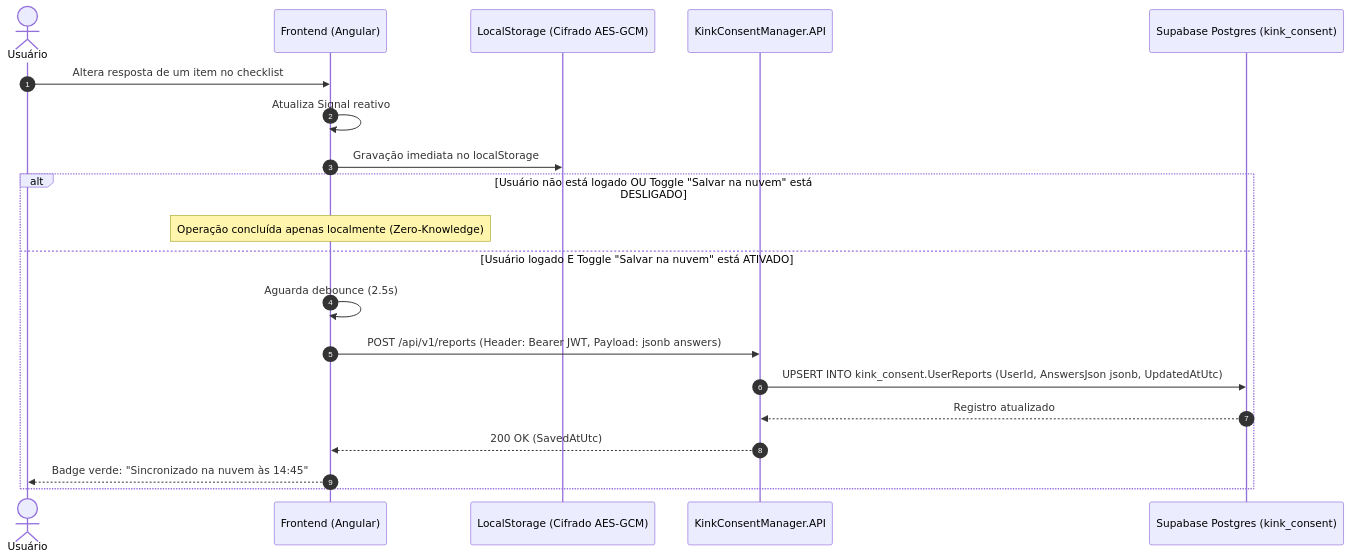
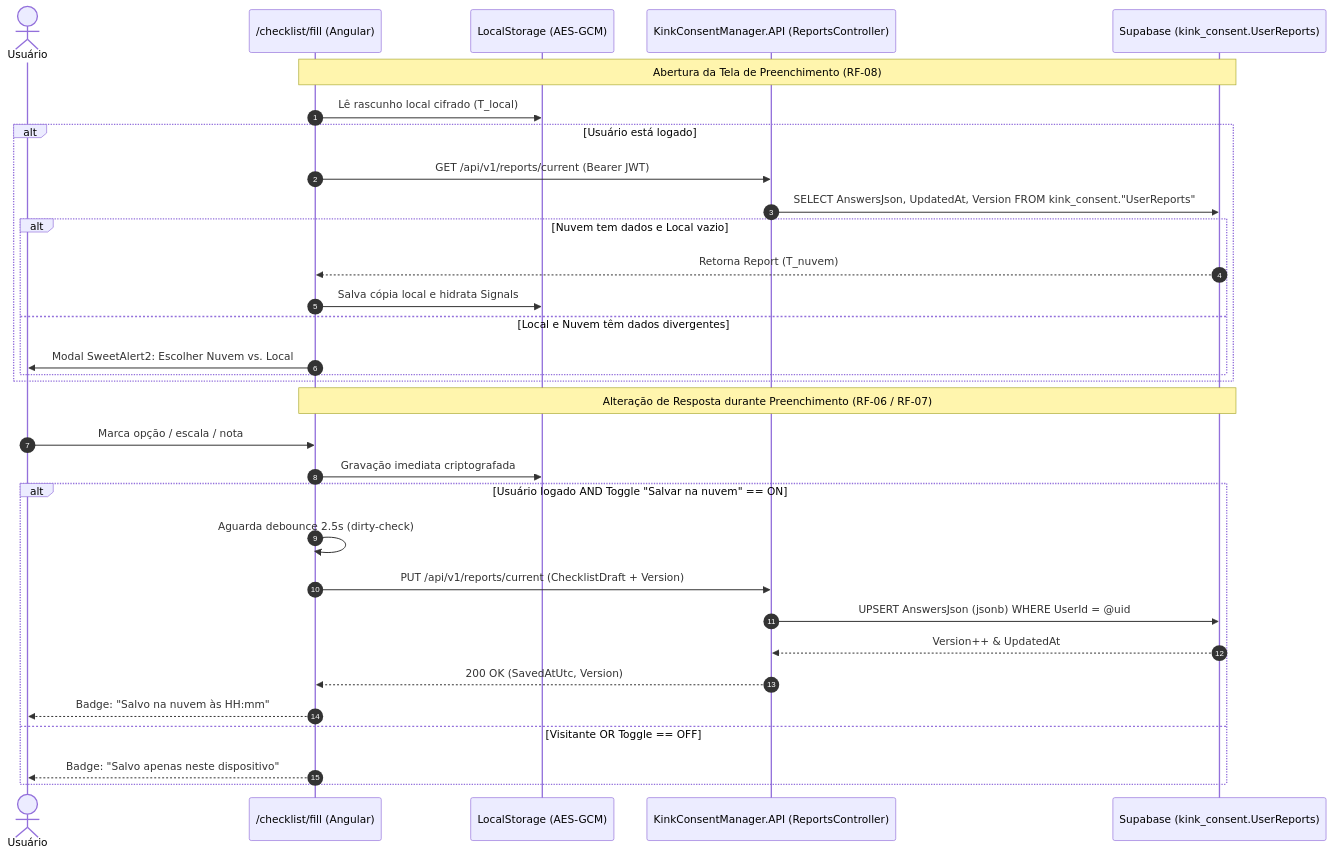
One commit to LeoneRocha/kinkconsentmanager changed the second of 3 diagrams in docs/Backend/DOCUMENTO_FUNCIONAL_AUTENTICACAO_E_SYNC.md. Above: the diagram before and after it, drawn with Mermaid. The commit also changed other lines of this file and 5 other files, not shown here.

````diff
--- a/docs/Backend/DOCUMENTO_FUNCIONAL_AUTENTICACAO_E_SYNC.md
+++ b/docs/Backend/DOCUMENTO_FUNCIONAL_AUTENTICACAO_E_SYNC.md
@@ -160,24 +320,36 @@
 ```mermaid
 sequenceDiagram
     autonumber
     actor User as Usuário
-    participant Front as Frontend (Angular)
-    participant Local as LocalStorage (Cifrado AES-GCM)
-    participant API as KinkConsentManager.API
-    participant DB as Supabase Postgres (kink_consent)
+    participant UI as /checklist/fill (Angular)
+    participant Local as LocalStorage (AES-GCM)
+    participant API as KinkConsentManager.API (ReportsController)
+    participant DB as Supabase (kink_consent.UserReports)
 
-    User->>Front: Altera resposta de um item no checklist
-    Front->>Front: Atualiza Signal reativo
-    Front->>Local: Gravação imediata no localStorage
-    
-    alt Usuário não está logado OU Toggle "Salvar na nuvem" está DESLIGADO
-        Note over Front: Operação concluída apenas localmente (Zero-Knowledge)
-    else Usuário logado E Toggle "Salvar na nuvem" está ATIVADO
-        Front->>Front: Aguarda debounce (2.5s)
-        Front->>API: POST /api/v1/reports (Header: Bearer JWT, Payload: jsonb answers)
-        API->>DB: UPSERT INTO kink_consent.UserReports (UserId, AnswersJson jsonb, UpdatedAtUtc)
-        DB-->>API: Registro atualizado
-        API-->>Front: 200 OK (SavedAtUtc)
-        Front-->>User: Badge verde: "Sincronizado na nuvem às 14:45"
+    Note over UI,DB: Abertura da Tela de Preenchimento (RF-08)
+    UI->>Local: Lê rascunho local cifrado (T_local)
+    alt Usuário está logado
+        UI->>API: GET /api/v1/reports/current (Bearer JWT)
+        API->>DB: SELECT AnswersJson, UpdatedAt, Version FROM kink_consent."UserReports"
+        alt Nuvem tem dados e Local vazio
+            DB-->>UI: Retorna Report (T_nuvem)
+            UI->>Local: Salva cópia local e hidrata Signals
+        else Local e Nuvem têm dados divergentes
+            UI->>User: Modal SweetAlert2: Escolher Nuvem vs. Local
+        end
+    end
+
+    Note over UI,DB: Alteração de Resposta durante Preenchimento (RF-06 / RF-07)
+    User->>UI: Marca opção / escala / nota
+    UI->>Local: Gravação imediata criptografada
+    alt Usuário logado AND Toggle "Salvar na nuvem" == ON
+        UI->>UI: Aguarda debounce 2.5s (dirty-check)
+        UI->>API: PUT /api/v1/reports/current (ChecklistDraft + Version)
+        API->>DB: UPSERT AnswersJson (jsonb) WHERE UserId = @uid
+        DB-->>API: Version++ & UpdatedAt
+        API-->>UI: 200 OK (SavedAtUtc, Version)
+        UI-->>User: Badge: "Salvo na nuvem às HH:mm"
+    else Visitante OR Toggle == OFF
+        UI-->>User: Badge: "Salvo apenas neste dispositivo"
     end
 ```
````
